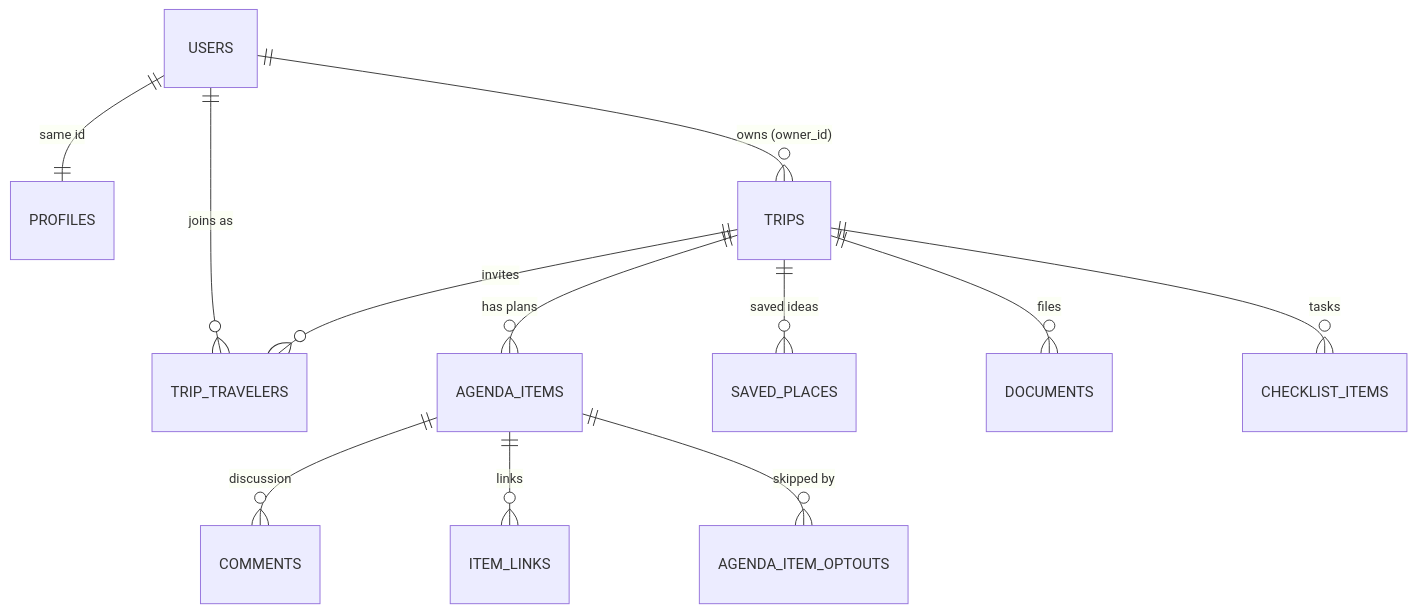
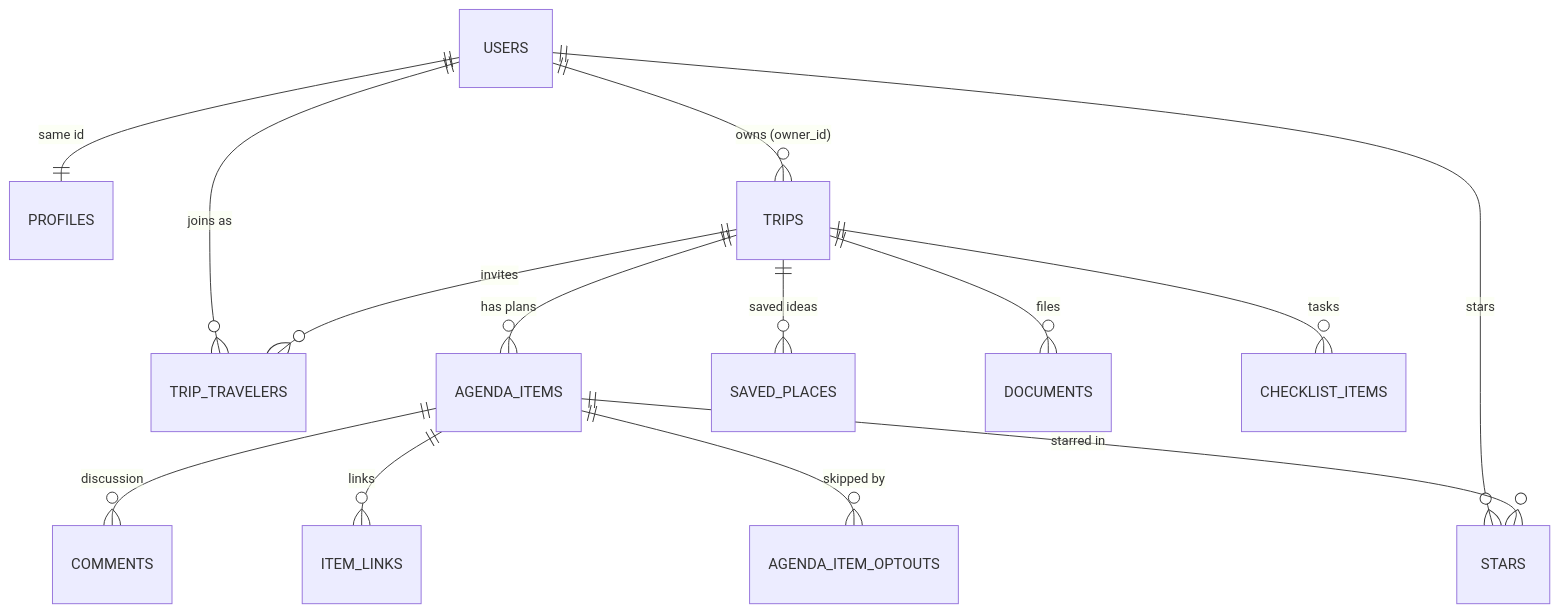
One commit to adelinemlalor/rmsrhone changed the diagram in schema.md. Above: the diagram before and after it, drawn with Mermaid. The commit also changed other lines of this file and 9 other files, not shown here.

First line of the commit message:
Stars: star toggle on plans, /starred page, isolation test for stars

````diff
--- a/schema.md
+++ b/schema.md
@@ -96,14 +109,16 @@
 ```mermaid
 erDiagram
   USERS ||--|| PROFILES : "same id"
   USERS ||--o{ TRIPS : "owns (owner_id)"
   USERS ||--o{ TRIP_TRAVELERS : "joins as"
   TRIPS ||--o{ TRIP_TRAVELERS : invites
   TRIPS ||--o{ AGENDA_ITEMS : "has plans"
   TRIPS ||--o{ SAVED_PLACES : "saved ideas"
   TRIPS ||--o{ DOCUMENTS : files
   TRIPS ||--o{ CHECKLIST_ITEMS : tasks
   AGENDA_ITEMS ||--o{ COMMENTS : discussion
   AGENDA_ITEMS ||--o{ ITEM_LINKS : links
   AGENDA_ITEMS ||--o{ AGENDA_ITEM_OPTOUTS : "skipped by"
+  USERS ||--o{ STARS : stars
+  AGENDA_ITEMS ||--o{ STARS : "starred in"
 ```
````
